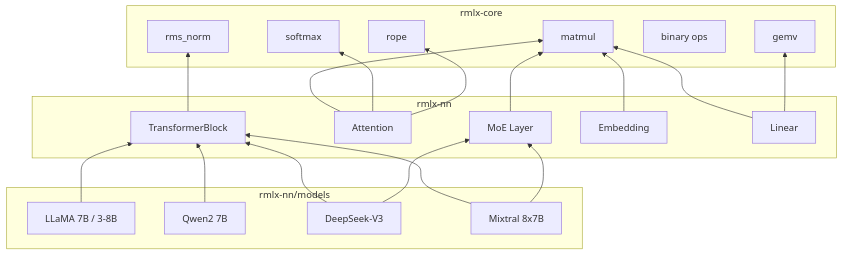
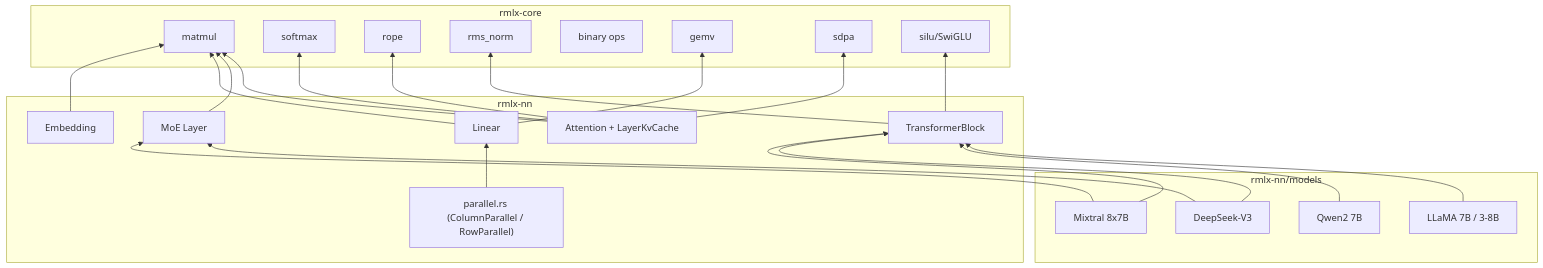
The diagram in docs/crates/rmlx-nn_ko.md (0xDaizz/RMLX), drawn with Mermaid before and after one commit. The commit also changed other lines of this file and 23 other files, not shown here.

````diff
--- a/docs/crates/rmlx-nn_ko.md
+++ b/docs/crates/rmlx-nn_ko.md
@@ -244,42 +415,48 @@
 ```mermaid
 graph BT
     subgraph "rmlx-nn"
         TB[TransformerBlock]
-        ATT[Attention]
+        ATT[Attention + LayerKvCache]
         MOE[MoE Layer]
         EMB[Embedding]
         LIN[Linear]
+        PAR["parallel.rs (ColumnParallel / RowParallel)"]
     end
 
     subgraph "rmlx-nn/models"
         LLAMA[LLaMA 7B / 3-8B]
         QWEN[Qwen2 7B]
         DS[DeepSeek-V3]
         MIX[Mixtral 8x7B]
     end
 
     subgraph "rmlx-core"
         MATMUL[matmul]
         SOFTMAX[softmax]
         ROPE[rope]
         RMSNORM[rms_norm]
         BINARY[binary ops]
         GEMV[gemv]
+        SDPA[sdpa]
+        SILU[silu/SwiGLU]
     end
 
     ATT --> MATMUL
     ATT --> SOFTMAX
     ATT --> ROPE
+    ATT --> SDPA
     MOE --> MATMUL
     LIN --> MATMUL
     LIN --> GEMV
+    PAR --> LIN
     TB --> RMSNORM
+    TB --> SILU
     EMB --> MATMUL
 
     LLAMA --> TB
     QWEN --> TB
     DS --> TB
     DS --> MOE
     MIX --> TB
     MIX --> MOE
 ```
````
